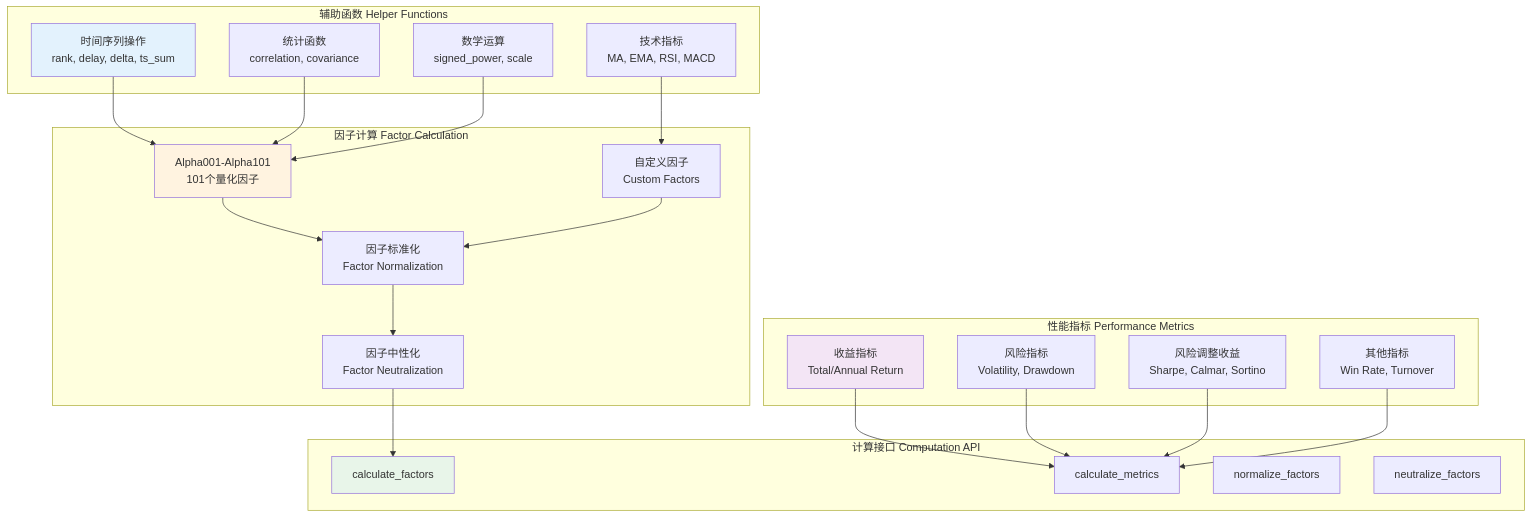
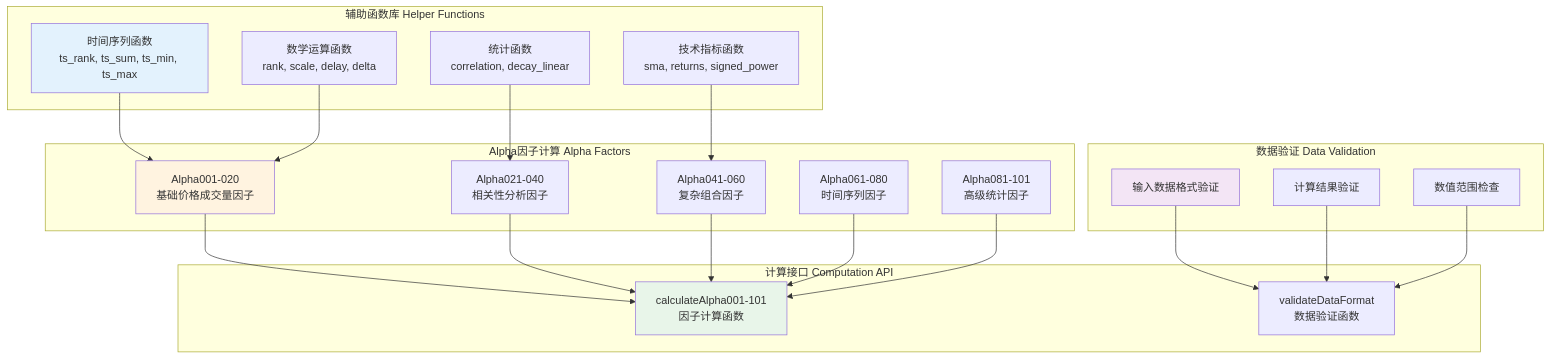
One commit to YutaoWang03/Quant---Alpha101 changed the second of 8 diagrams in docs/ARCHITECTURE.md. Above: the diagram before and after it, drawn with Mermaid. The commit also changed other lines of this file and 14 other files, not shown here.

````diff
--- a/docs/ARCHITECTURE.md
+++ b/docs/ARCHITECTURE.md
@@ -123,50 +92,48 @@
 ```mermaid
 graph TB
-    subgraph "辅助函数 Helper Functions"
-        A1[时间序列操作<br/>rank, delay, delta, ts_sum]
-        A2[统计函数<br/>correlation, covariance]
-        A3[技术指标<br/>MA, EMA, RSI, MACD]
-        A4[数学运算<br/>signed_power, scale]
+    subgraph "辅助函数库 Helper Functions"
+        A1[时间序列函数<br/>ts_rank, ts_sum, ts_min, ts_max]
+        A2[数学运算函数<br/>rank, scale, delay, delta]
+        A3[统计函数<br/>correlation, decay_linear]
+        A4[技术指标函数<br/>sma, returns, signed_power]
     end
     
-    subgraph "因子计算 Factor Calculation"
-        B1[Alpha001-Alpha101<br/>101个量化因子]
-        B2[自定义因子<br/>Custom Factors]
-        B3[因子标准化<br/>Factor Normalization]
-        B4[因子中性化<br/>Factor Neutralization]
+    subgraph "Alpha因子计算 Alpha Factors"
+        B1[Alpha001-020<br/>基础价格成交量因子]
+        B2[Alpha021-040<br/>相关性分析因子]
+        B3[Alpha041-060<br/>复杂组合因子]
+        B4[Alpha061-080<br/>时间序列因子]
+        B5[Alpha081-101<br/>高级统计因子]
     end
     
-    subgraph "性能指标 Performance Metrics"
-        C1[收益指标<br/>Total/Annual Return]
-        C2[风险指标<br/>Volatility, Drawdown]
-        C3[风险调整收益<br/>Sharpe, Calmar, Sortino]
-        C4[其他指标<br/>Win Rate, Turnover]
+    subgraph "数据验证 Data Validation"
+        C1[输入数据格式验证]
+        C2[计算结果验证]
+        C3[数值范围检查]
     end
     
     subgraph "计算接口 Computation API"
-        D1[calculate_factors]
-        D2[calculate_metrics]
-        D3[normalize_factors]
-        D4[neutralize_factors]
+        D1[calculateAlpha001-101<br/>因子计算函数]
+        D2[validateDataFormat<br/>数据验证函数]
     end
     
     A1 --> B1
     A2 --> B1
     A3 --> B2
-    A4 --> B1
+    A4 --> B3
     
-    B1 --> B3
-    B2 --> B3
-    B3 --> B4
+    B1 --> D1
+    B2 --> D1
+    B3 --> D1
+    B4 --> D1
+    B5 --> D1
     
-    B4 --> D1
     C1 --> D2
     C2 --> D2
     C3 --> D2
-    C4 --> D2
     
     style A1 fill:#e3f2fd
     style B1 fill:#fff3e0
     style C1 fill:#f3e5f5
     style D1 fill:#e8f5e9
 ```
````
